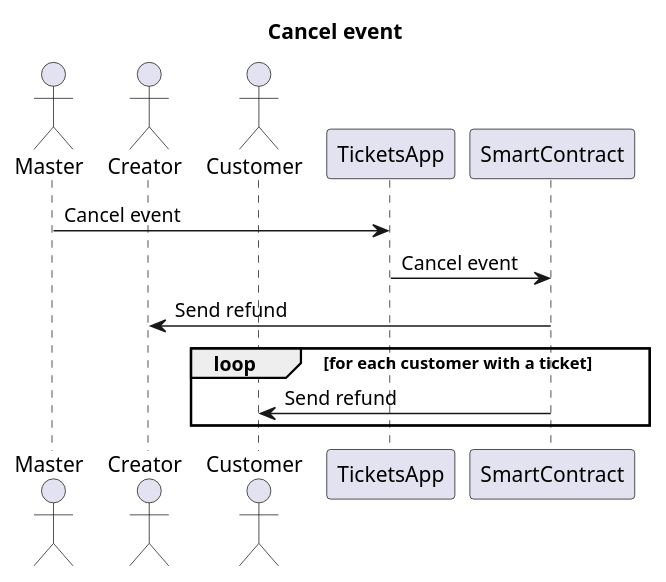
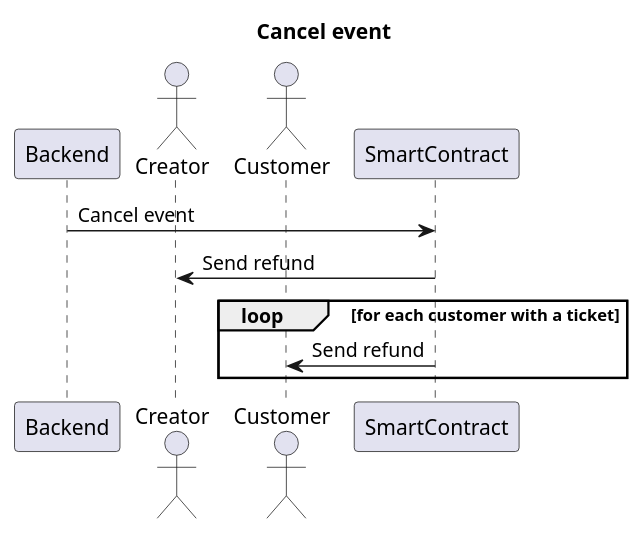
Diagram 16 of 25 in README.org (ai-shift/cyber-valley-tickets), drawn with PlantUML before and after one commit. The commit also changed other lines of this file and 9 other files, not shown here.

```diff
--- a/README.org
+++ b/README.org
@@ -381,16 +380,14 @@
 #+begin_src plantuml :file ./img/cancel-event.png
 title Cancel event
 
-actor Master
+participant Backend
 actor Creator
 actor Customer
-participant TicketsApp
 participant SmartContract
 
-Master -> TicketsApp: Cancel event
-TicketsApp -> SmartContract: Cancel event
+Backend -> SmartContract: Cancel event
 SmartContract -> Creator: Send refund
 loop for each customer with a ticket
   SmartContract -> Customer: Send refund
 end
 #+end_src
```
